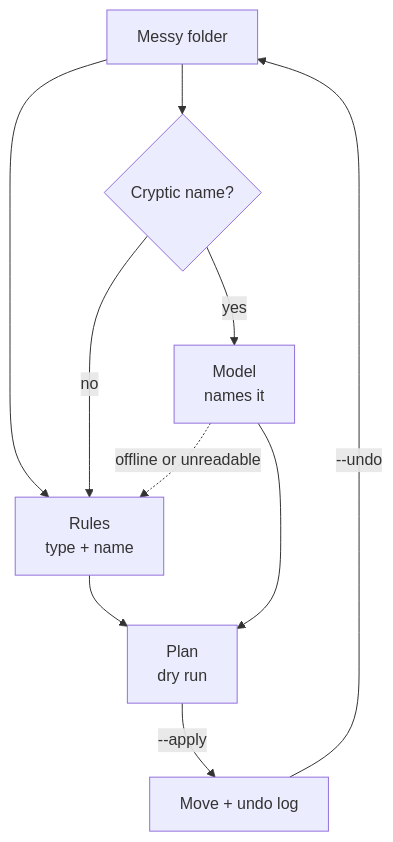
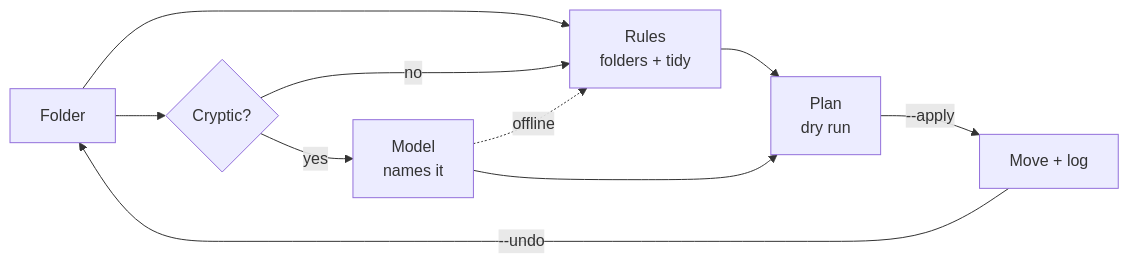
The diagram in README.md (Mystical89/slothsort), drawn with Mermaid before and after one commit. The commit also changed 1 other file, not shown here.

Commit message:
docs: compact landscape pipeline diagram

````diff
--- a/README.md
+++ b/README.md
@@ -123,12 +123,12 @@
 ```mermaid
-flowchart TD
-    A[Messy folder] --> B[Rules<br/>type + name]
-    A --> C{Cryptic name?}
+flowchart LR
+    A[Folder] --> B[Rules<br/>folders + tidy]
+    A --> C{Cryptic?}
     C -- yes --> D[Model<br/>names it]
     C -- no --> B
-    D -.->|offline or unreadable| B
+    D -.->|offline| B
     B --> E[Plan<br/>dry run]
     D --> E
-    E -->|--apply| F[Move + undo log]
+    E -->|--apply| F[Move + log]
     F -->|--undo| A
 ```
````
